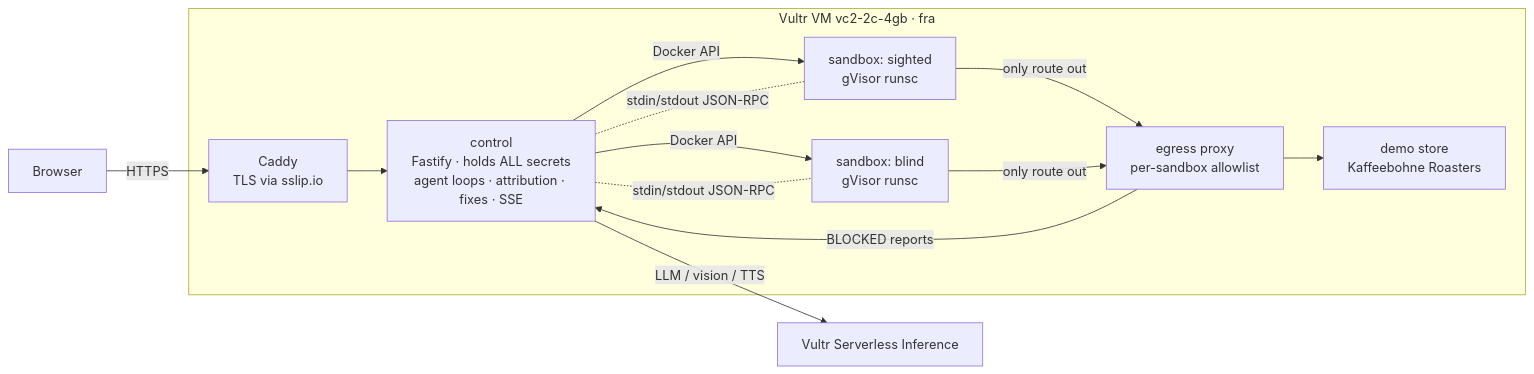
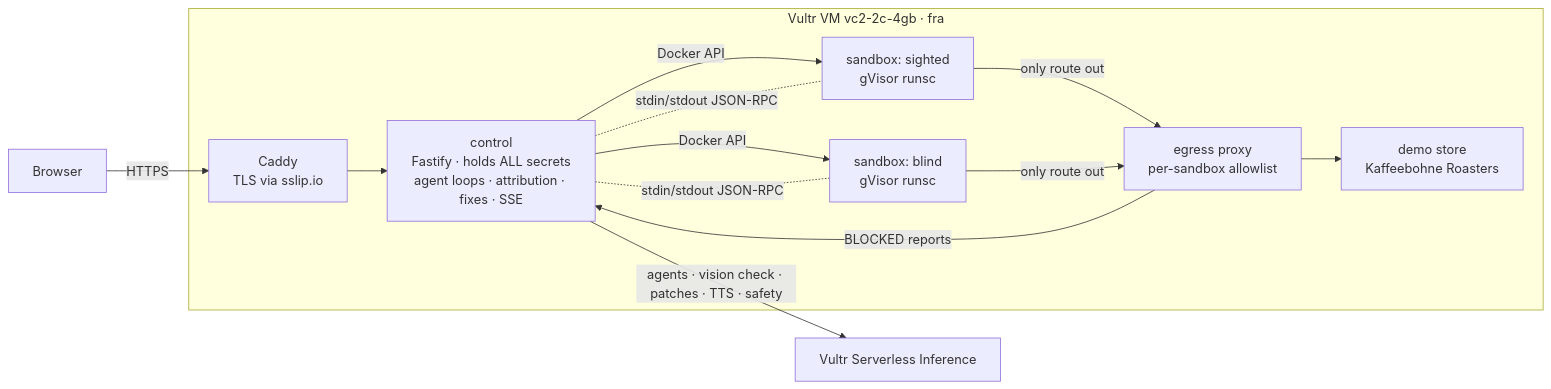
One commit to sahil-sharma-50/Earshot changed the diagram in README.md. Above: the diagram before and after it, drawn with Mermaid. The commit also changed other lines of this file, not shown here.

Commit message:
docs(readme): requirement-by-requirement map, vision check, why containers not VMs

````diff
--- a/README.md
+++ b/README.md
@@ -34,16 +53,16 @@
 ```mermaid
 flowchart LR
   U[Browser] -- HTTPS --> C[Caddy<br/>TLS via sslip.io]
   subgraph VM[Vultr VM vc2-2c-4gb · fra]
     C --> CT[control<br/>Fastify · holds ALL secrets<br/>agent loops · attribution · fixes · SSE]
     CT -- Docker API --> SB1[sandbox: sighted<br/>gVisor runsc]
     CT -- Docker API --> SB2[sandbox: blind<br/>gVisor runsc]
     CT -. stdin/stdout JSON-RPC .- SB1
     CT -. stdin/stdout JSON-RPC .- SB2
     SB1 -- only route out --> P[egress proxy<br/>per-sandbox allowlist]
     SB2 -- only route out --> P
     P --> S[demo store<br/>Kaffeebohne Roasters]
     P -- BLOCKED reports --> CT
   end
-  CT -- LLM / vision / TTS --> VI[Vultr Serverless Inference]
+  CT -- agents · vision check · patches · TTS · safety --> VI[Vultr Serverless Inference]
 ```
````
